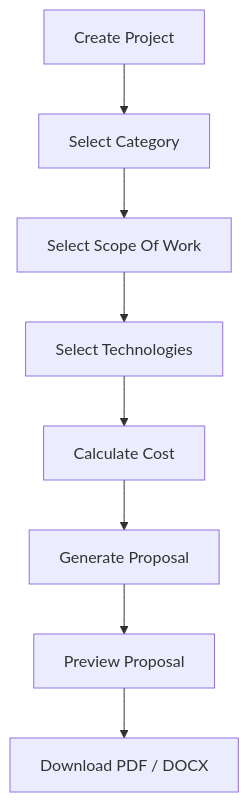
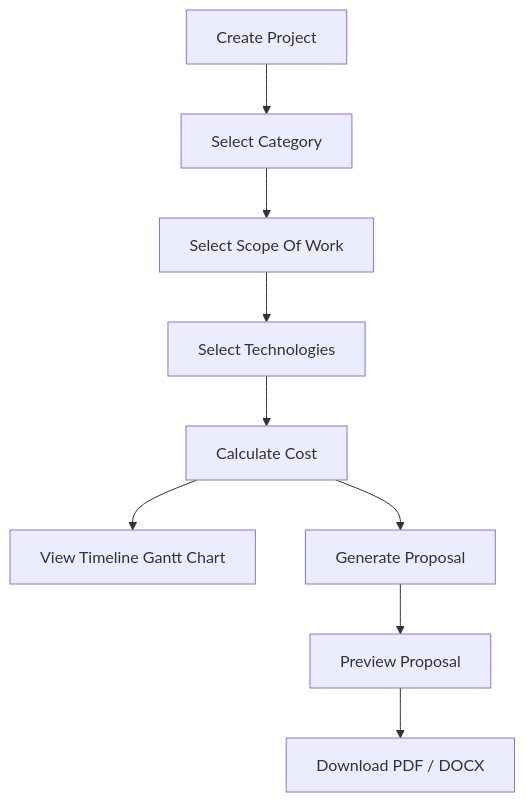
Before and after one commit to Ritesh151/ProManage-AI: the diagram in README.md, drawn with Mermaid. The commit also changed other lines of this file and 9 other files, not shown here.

Commit message:
Proposal PDF Exporting Update

````diff
--- a/README.md
+++ b/README.md
@@ -186,10 +225,11 @@
 ```mermaid
 graph TD;
     A[Create Project] --> B[Select Category]
     B --> C[Select Scope Of Work]
     C --> D[Select Technologies]
     D --> E[Calculate Cost]
-    E --> F[Generate Proposal]
-    F --> G[Preview Proposal]
-    G --> H[Download PDF / DOCX]
+    E --> F[View Timeline Gantt Chart]
+    E --> G[Generate Proposal]
+    G --> H[Preview Proposal]
+    H --> I[Download PDF / DOCX]
 ```
````
